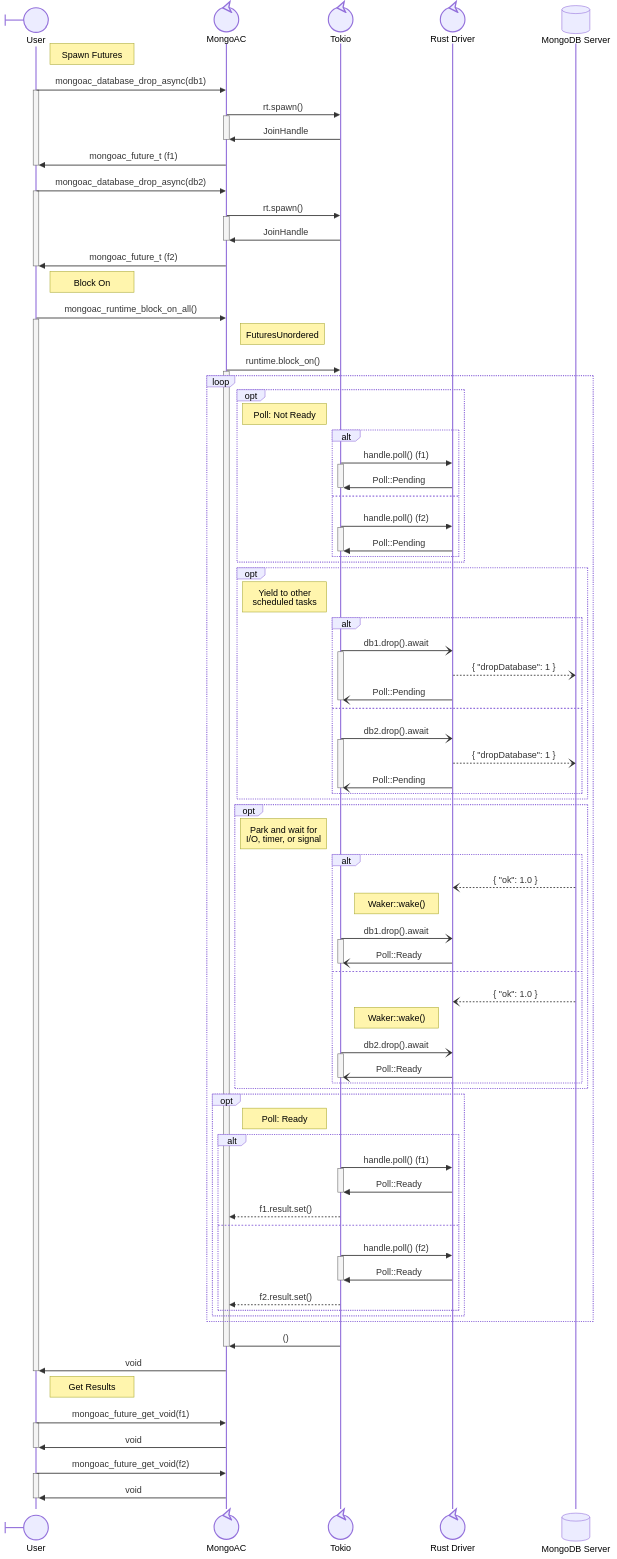
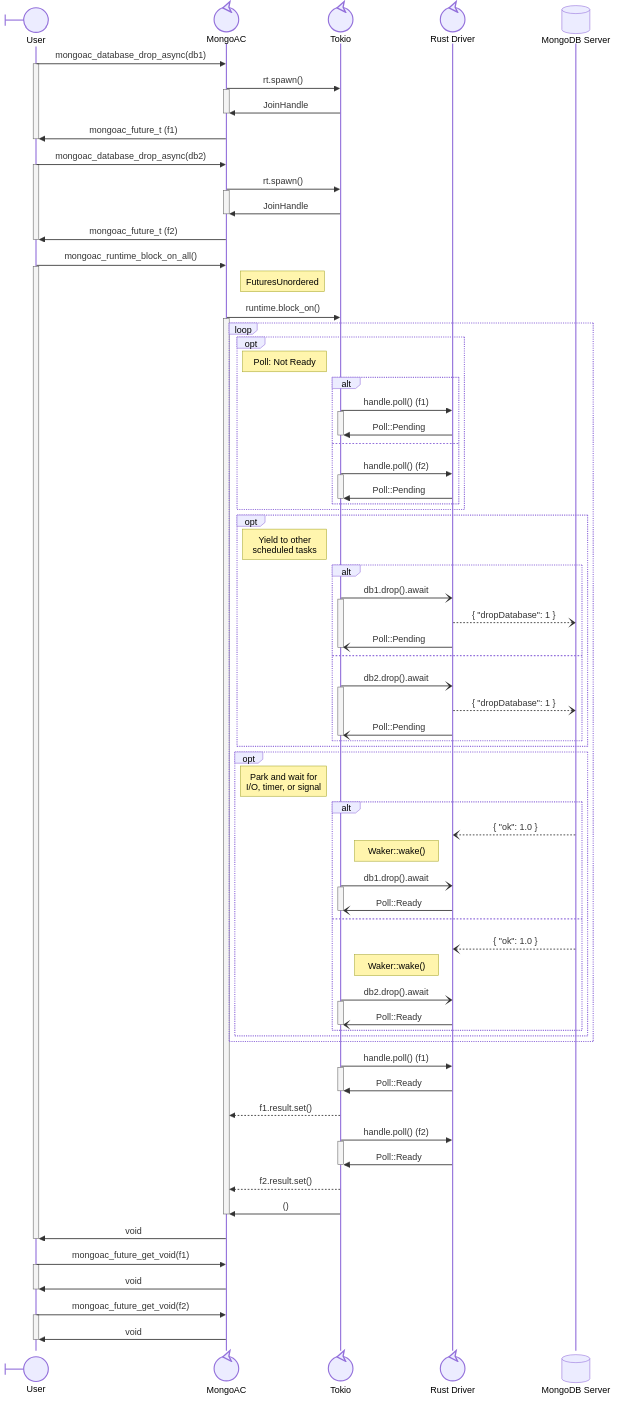
One commit to mongodb-labs/mongoac-spec changed the second of 3 diagrams in README.md. Above: the diagram before and after it, drawn with Mermaid. The commit also changed other lines of this file, not shown here.

Commit message:
Move `handle.poll()` out of loops to clarify exit conditions

```diff
--- a/README.md
+++ b/README.md
@@ -1485,7 +1479,6 @@
 participant R@{"alias": "Rust Driver", "type": "control"}
 participant S@{"alias": "MongoDB Server", "type": "database"}
 
-Note right of U: Spawn Futures
 U ->> M: mongoac_database_drop_async(db1)
 activate U
   M ->> T: rt.spawn()
@@ -1504,7 +1497,6 @@
   M ->> U: mongoac_future_t (f2)
 deactivate U
 
-Note right of U: Block On
 U ->> M: mongoac_runtime_block_on_all()
 activate U
   Note right of M: FuturesUnordered
@@ -1559,29 +1551,22 @@
           deactivate T
         end
       end
-      opt
-        Note left of T: Poll: Ready
-        alt
-          T ->> R: handle.poll() (f1)
-          activate T
-            R ->> T: Poll::Ready
-          deactivate T
-          T -->> M: f1.result.set()
-        else
-          T ->> R: handle.poll() (f2)
-          activate T
-            R ->> T: Poll::Ready
-          deactivate T
-          T -->> M: f2.result.set()
-        end
-      end
     end
+    T ->> R: handle.poll() (f1)
+    activate T
+      R ->> T: Poll::Ready
+    deactivate T
+    T -->> M: f1.result.set()
+    T ->> R: handle.poll() (f2)
+    activate T
+      R ->> T: Poll::Ready
+    deactivate T
+    T -->> M: f2.result.set()
     T ->> M: ()
   deactivate M
   M ->> U: void
 deactivate U
 
-Note right of U: Get Results
 U ->> M: mongoac_future_get_void(f1)
 activate U
   M ->> U: void
```
